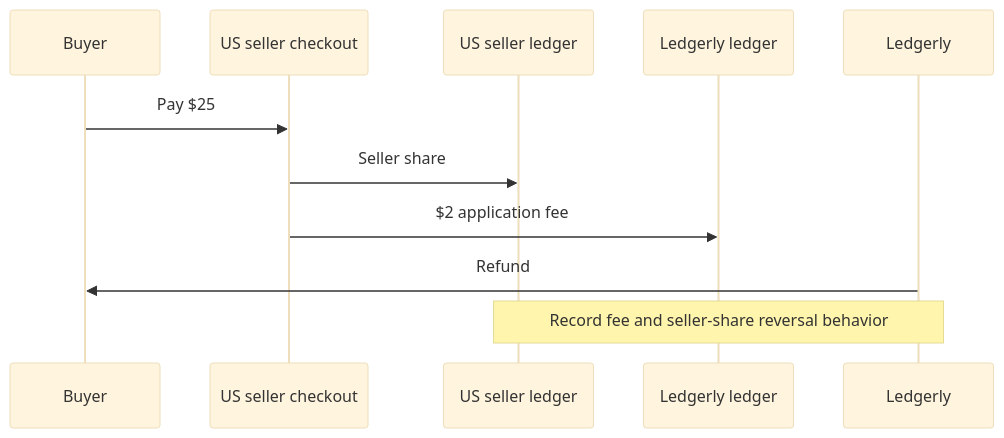
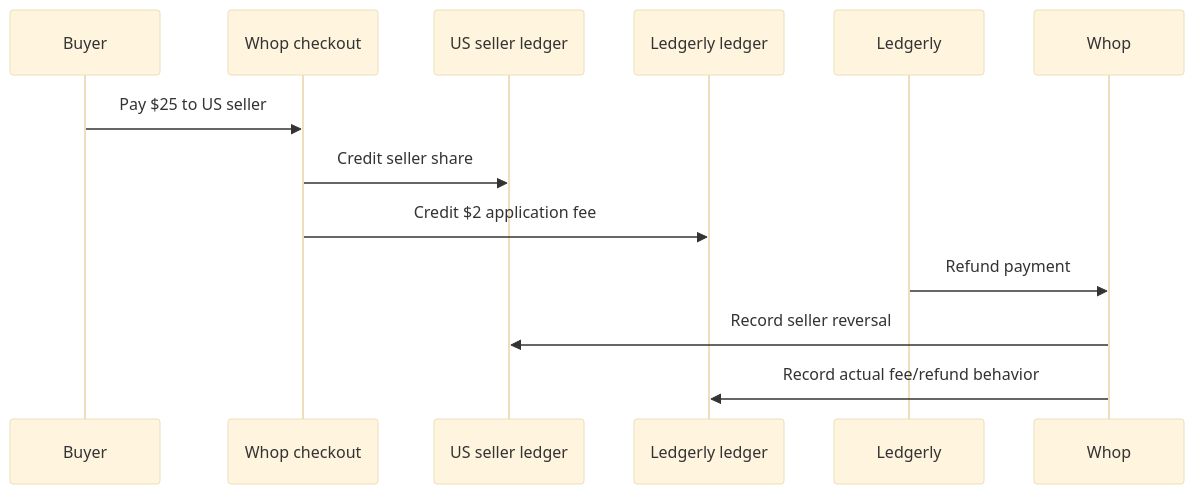
Before and after one commit to elwinhe/whop-platforms-fde: the first of 2 diagrams in README.md, drawn with Mermaid (base theme). The commit also changed other lines of this file and 14 other files, not shown here.

````diff
--- a/README.md
+++ b/README.md
@@ -20,8 +116,9 @@
 ```mermaid
 sequenceDiagram
-  Buyer->>US seller checkout: Pay $25
-  US seller checkout->>US seller ledger: Seller share
-  US seller checkout->>Ledgerly ledger: $2 application fee
-  Ledgerly->>Buyer: Refund
-  Note over Ledgerly,US seller ledger: Record fee and seller-share reversal behavior
+  Buyer->>Whop checkout: Pay $25 to US seller
+  Whop checkout->>US seller ledger: Credit seller share
+  Whop checkout->>Ledgerly ledger: Credit $2 application fee
+  Ledgerly->>Whop: Refund payment
+  Whop->>US seller ledger: Record seller reversal
+  Whop->>Ledgerly ledger: Record actual fee/refund behavior
 ```
````
